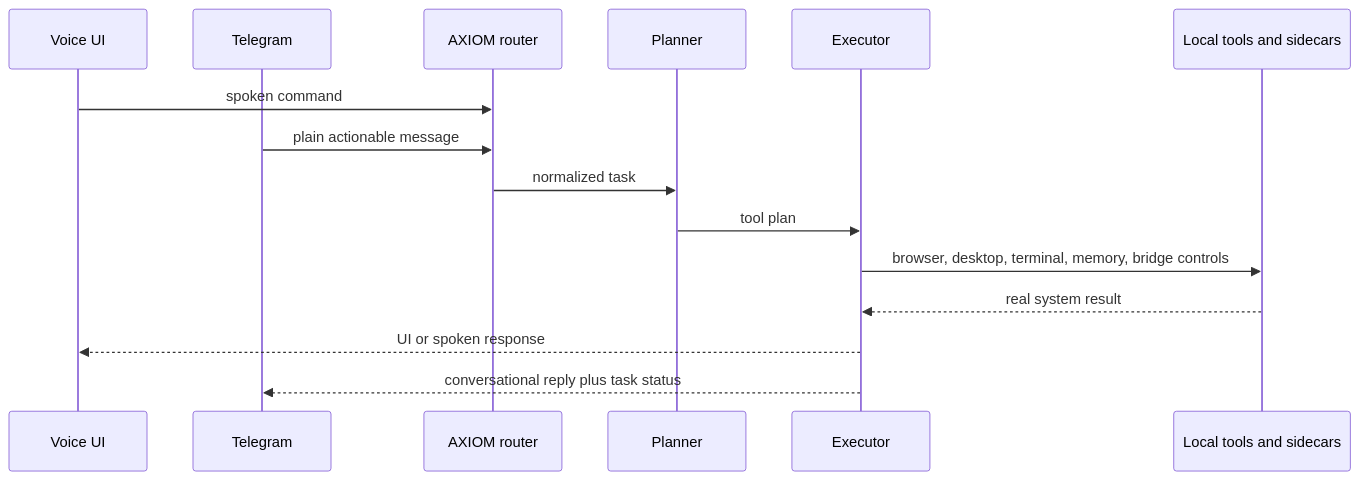
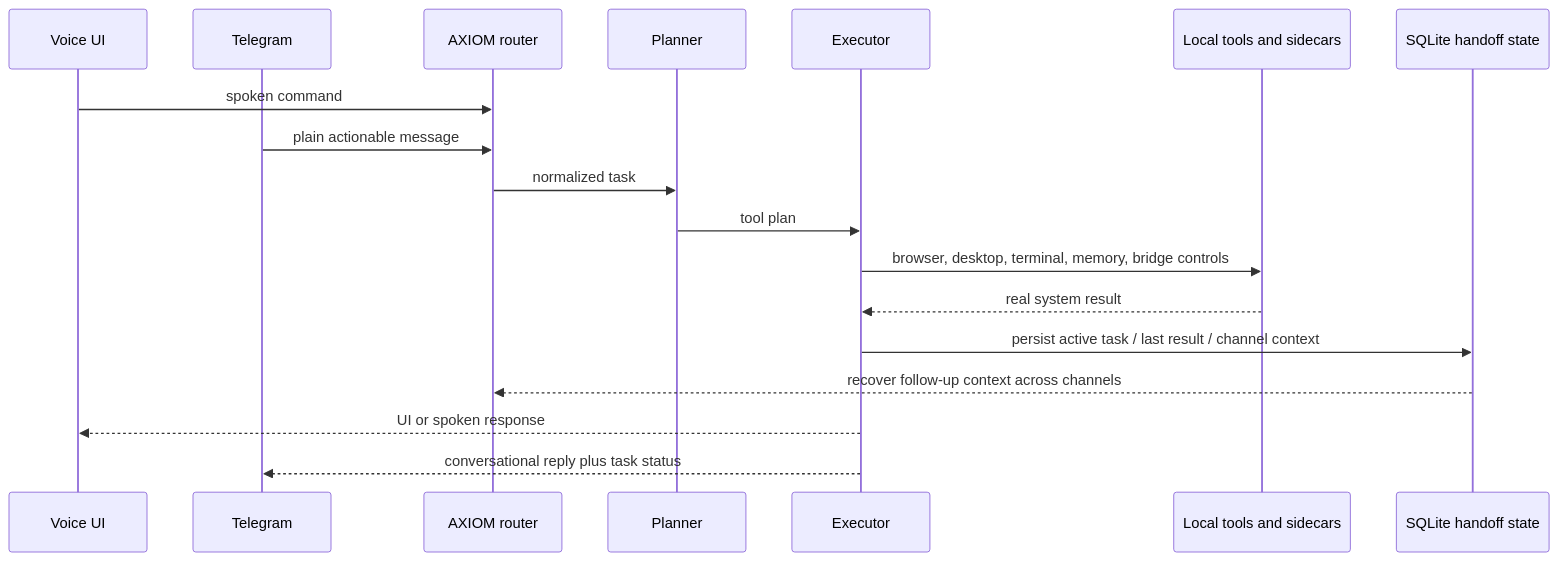
One commit to moyesrex-ops/Axiom changed the third of 4 diagrams in README.md. Above: the diagram before and after it, drawn with Mermaid. The commit also changed other lines of this file and 26 other files, not shown here.

````diff
--- a/README.md
+++ b/README.md
@@ -206,18 +210,21 @@
 ```mermaid
 sequenceDiagram
     participant Voice as Voice UI
     participant Tg as Telegram
     participant Router as AXIOM router
     participant Planner as Planner
     participant Exec as Executor
     participant Tools as Local tools and sidecars
+    participant State as SQLite handoff state
 
     Voice->>Router: spoken command
     Tg->>Router: plain actionable message
     Router->>Planner: normalized task
     Planner->>Exec: tool plan
     Exec->>Tools: browser, desktop, terminal, memory, bridge controls
     Tools-->>Exec: real system result
+    Exec->>State: persist active task / last result / channel context
+    State-->>Router: recover follow-up context across channels
     Exec-->>Voice: UI or spoken response
     Exec-->>Tg: conversational reply plus task status
 ```
````
